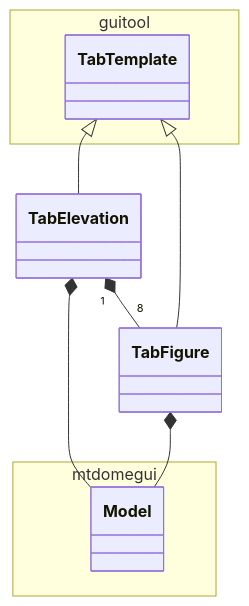
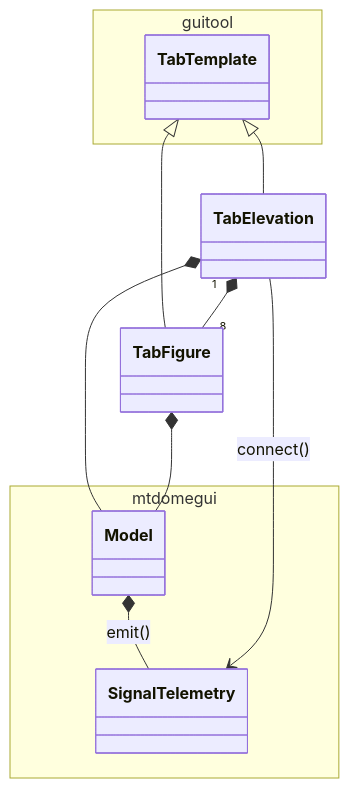
Before and after one commit to lsst-ts/ts_mtdomegui: the diagram in doc/uml/tab/class_tab_elevation.mmd, drawn with Mermaid. The commit also changed 11 other files, not shown here.

```diff
--- a/doc/uml/tab/class_tab_elevation.mmd
+++ b/doc/uml/tab/class_tab_elevation.mmd
@@ -1,17 +1,21 @@
 classDiagram
 
 namespace guitool {
   class TabTemplate
 }
 
 namespace mtdomegui {
   class Model
+  class SignalTelemetry
 }
+
+Model *-- SignalTelemetry : emit()
 
 TabTemplate <|-- TabElevation
 TabTemplate <|-- TabFigure
 
 TabElevation *-- Model
 TabElevation "1" *-- "8" TabFigure
+TabElevation --> SignalTelemetry : connect()
 
 TabFigure *-- Model
```
